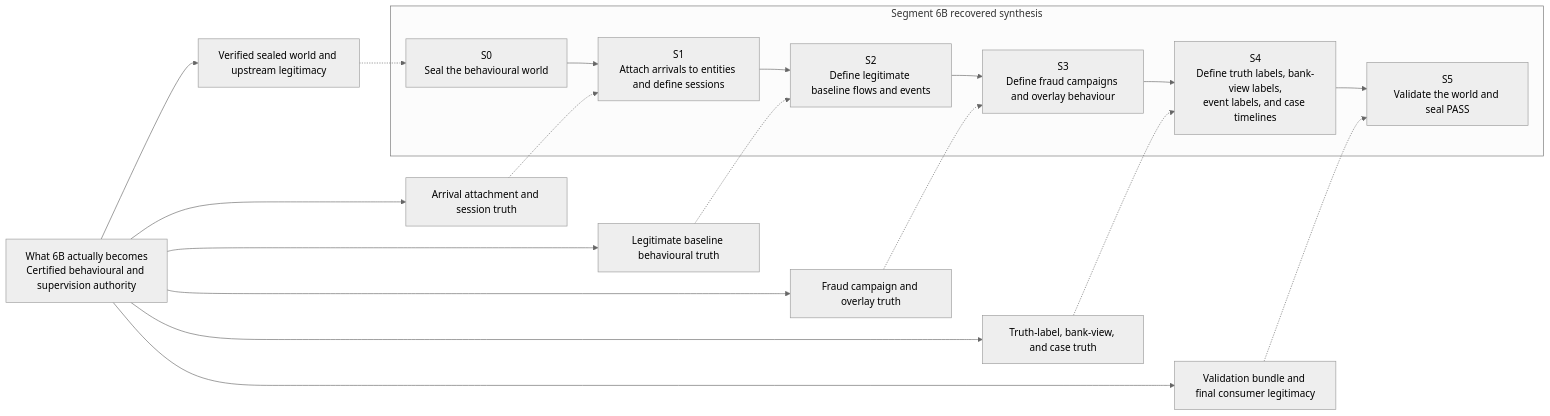
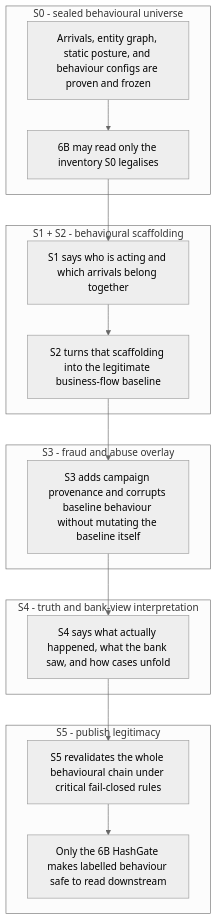
Before and after one commit to EsosaOrumwese/fraud-detection-system: the diagram in docs/design/data-engine/layer-3/6B/6B-state-synthesis-flow.mmd, drawn with Mermaid (neutral theme). The commit also changed 23 other files, not shown here.

First line of the commit message:
Refactor design flows for layers 6A and 6B to enhance clarity and structure

```diff
--- a/docs/design/data-engine/layer-3/6B/6B-state-synthesis-flow.mmd
+++ b/docs/design/data-engine/layer-3/6B/6B-state-synthesis-flow.mmd
@@ -1,25 +1,25 @@
-flowchart LR
-  subgraph base["Segment 6B recovered synthesis"]
-    A0["S0<br/>Seal the behavioural world"]
-    A1["S1<br/>Attach arrivals to entities and define sessions"]
-    A2["S2<br/>Define legitimate baseline flows and events"]
-    A3["S3<br/>Define fraud campaigns and overlay behaviour"]
-    A4["S4<br/>Define truth labels, bank-view labels,<br/>event labels, and case timelines"]
-    A5["S5<br/>Validate the world and seal PASS"]
+flowchart TD
+  subgraph gate["S0 - sealed behavioural universe"]
+    G0["Arrivals, entity graph, static posture, and behaviour configs are proven and frozen"]
+    G1["6B may read only the inventory S0 legalises"]
   end
 
-  A0 --> A1 --> A2 --> A3 --> A4 --> A5
+  subgraph scaffold["S1 + S2 - behavioural scaffolding"]
+    S1["S1 says who is acting and which arrivals belong together"]
+    S2["S2 turns that scaffolding into the legitimate business-flow baseline"]
+  end
 
-  B1["What 6B actually becomes<br/>Certified behavioural and supervision authority"] --> B2["Verified sealed world and upstream legitimacy"]
-  B1 --> B3["Arrival attachment and session truth"]
-  B1 --> B4["Legitimate baseline behavioural truth"]
-  B1 --> B5["Fraud campaign and overlay truth"]
-  B1 --> B6["Truth-label, bank-view, and case truth"]
-  B1 --> B7["Validation bundle and final consumer legitimacy"]
+  subgraph corruption["S3 - fraud and abuse overlay"]
+    F1["S3 adds campaign provenance and corrupts baseline behaviour without mutating the baseline itself"]
+  end
 
-  B2 -.-> A0
-  B3 -.-> A1
-  B4 -.-> A2
-  B5 -.-> A3
-  B6 -.-> A4
-  B7 -.-> A5
+  subgraph interpretation["S4 - truth and bank-view interpretation"]
+    L1["S4 says what actually happened, what the bank saw, and how cases unfold"]
+  end
+
+  subgraph closure["S5 - publish legitimacy"]
+    C1["S5 revalidates the whole behavioural chain under critical fail-closed rules"]
+    C2["Only the 6B HashGate makes labelled behaviour safe to read downstream"]
+  end
+
+  G0 --> G1 --> S1 --> S2 --> F1 --> L1 --> C1 --> C2
```
